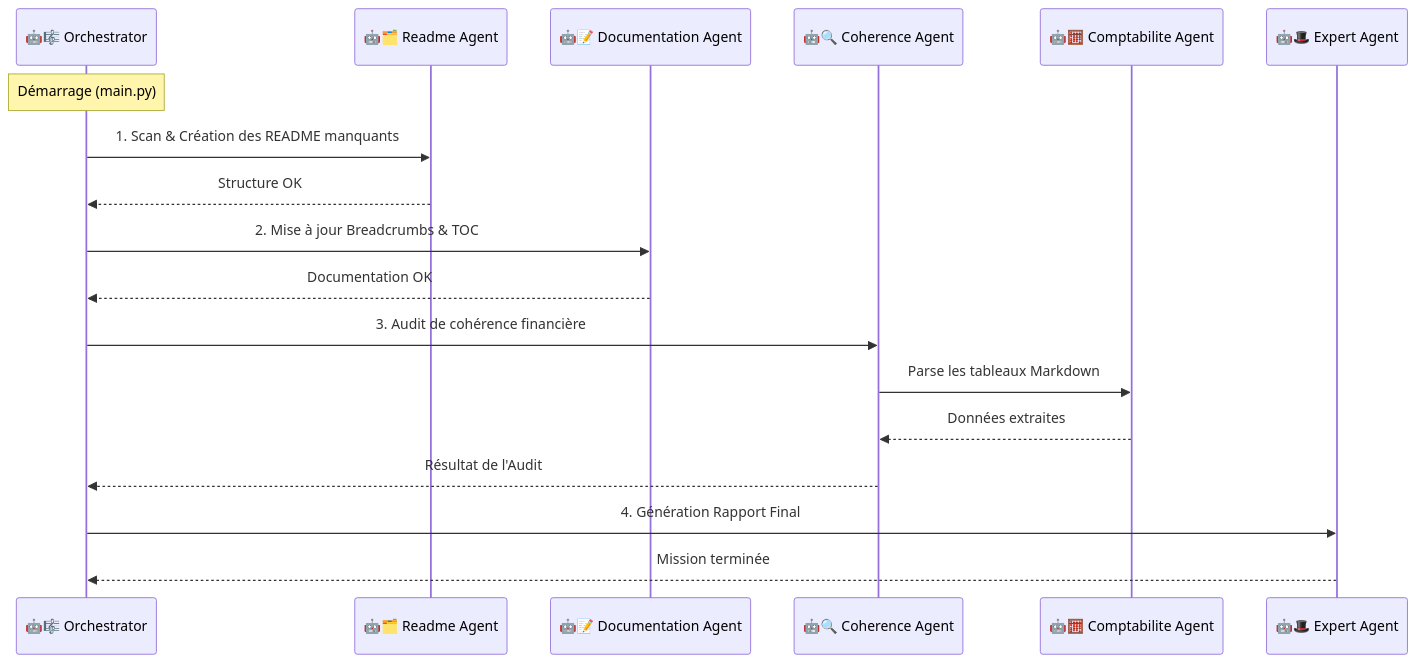
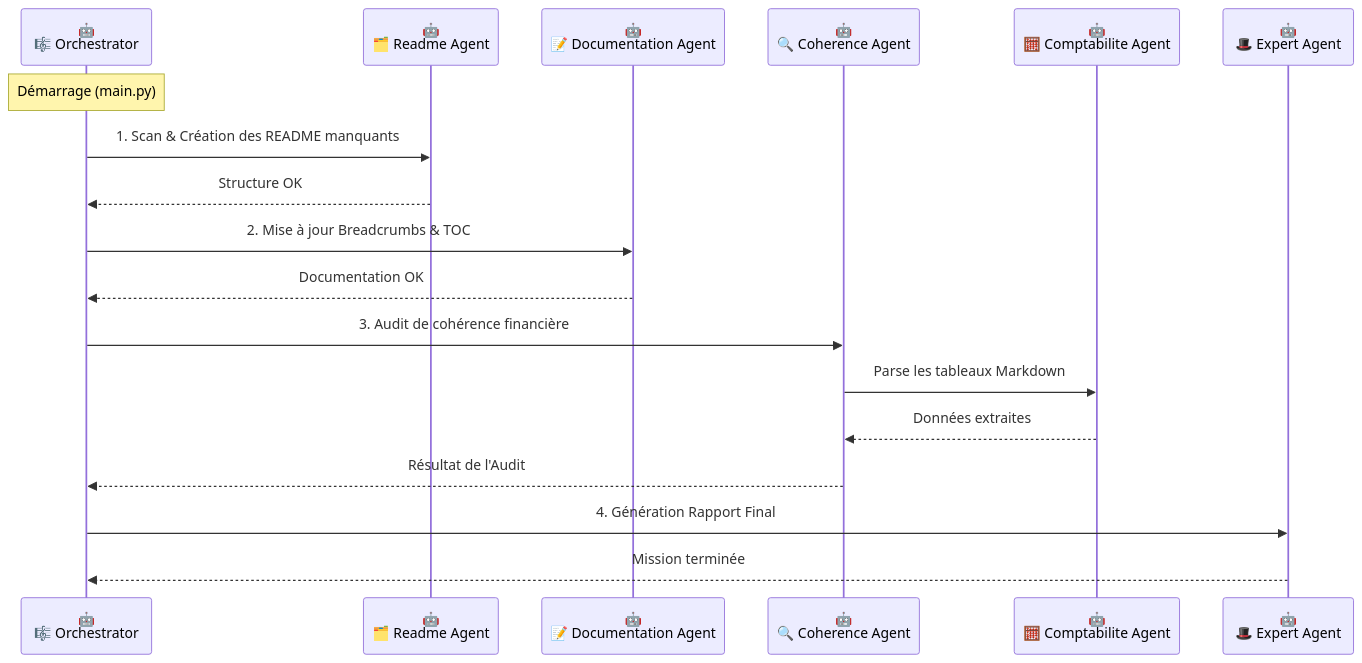
Before and after one commit to GribouilleImport/ChezSIA: the second of 2 diagrams in .dev/agents/README.md, drawn with Mermaid. The commit also changed other lines of this file, not shown here.

Commit message:
docs: ajout de sauts de ligne dans les schémas Mermaid pour une meilleure lisibilité

````diff
--- a/.dev/agents/README.md
+++ b/.dev/agents/README.md
@@ -51,25 +51,25 @@
 ```mermaid
 sequenceDiagram
-    participant O as 🤖🎼 Orchestrator
-    participant R as 🤖🗂️ Readme Agent
-    participant D as 🤖📝 Documentation Agent
-    participant C as 🤖🔍 Coherence Agent
-    participant A as 🤖🧮 Comptabilite Agent
-    participant E as 🤖🎩 Expert Agent
+    participant O as 🤖<br/>🎼 Orchestrator
+    participant R as 🤖<br/>🗂️ Readme Agent
+    participant D as 🤖<br/>📝 Documentation Agent
+    participant C as 🤖<br/>🔍 Coherence Agent
+    participant A as 🤖<br/>🧮 Comptabilite Agent
+    participant E as 🤖<br/>🎩 Expert Agent
 
     Note over O: Démarrage (main.py)
     
     O->>R: 1. Scan & Création des README manquants
     R-->>O: Structure OK
     
     O->>D: 2. Mise à jour Breadcrumbs & TOC
     D-->>O: Documentation OK
     
     O->>C: 3. Audit de cohérence financière
     C->>A: Parse les tableaux Markdown
     A-->>C: Données extraites
     C-->>O: Résultat de l'Audit
     
     O->>E: 4. Génération Rapport Final
     E-->>O: Mission terminée
 ```
````
